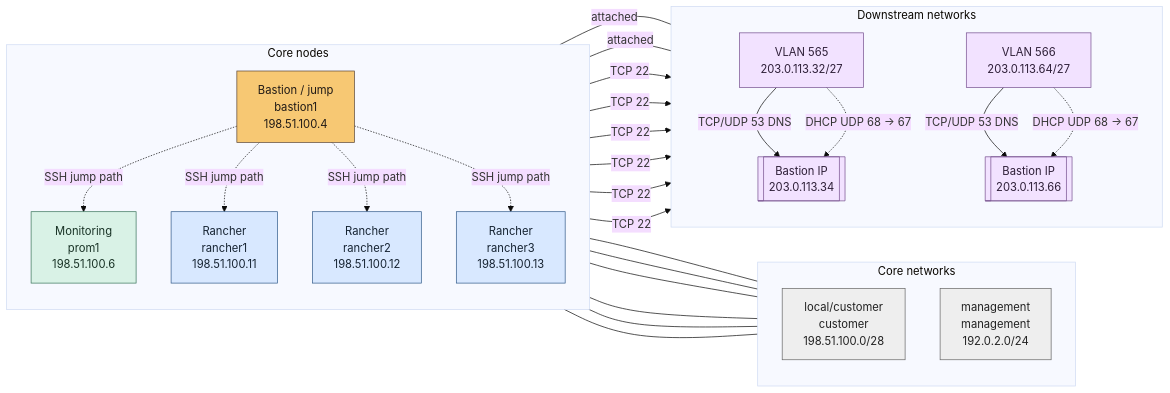
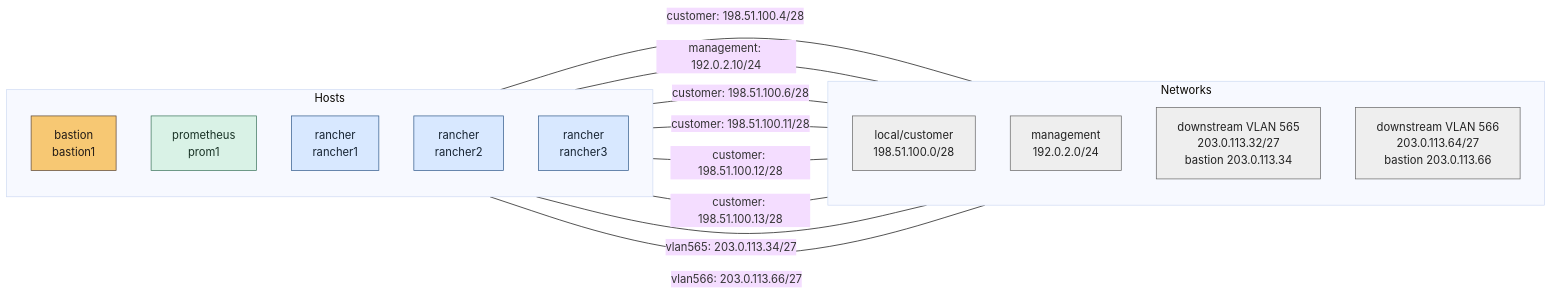
The first of 2 diagrams in examples/full/topology.md (davidhrbac/rinstall), drawn with Mermaid (base theme) before and after one commit. The commit also changed other lines of this file and 8 other files, not shown here.

Commit message:
fix(topology): split support topology diagrams

````diff
--- a/examples/full/topology.md
+++ b/examples/full/topology.md
@@ -34,55 +7,34 @@
 ```mermaid
 flowchart LR
-  subgraph group_core_0d45f5fd46["Core nodes"]
+  subgraph core["Hosts"]
     direction TB
-    host_bastion1_fd65cf69ce["Bastion / jump<br/>bastion1<br/>198.51.100.4"]
-    host_prom1_abf2e7bd7a["Monitoring<br/>prom1<br/>198.51.100.6"]
-    host_rancher1_d47e6b0e07["Rancher<br/>rancher1<br/>198.51.100.11"]
-    host_rancher2_bcc55a020f["Rancher<br/>rancher2<br/>198.51.100.12"]
-    host_rancher3_bbbf0c319b["Rancher<br/>rancher3<br/>198.51.100.13"]
+    host_bastion1_fd65cf69ce["bastion<br/>bastion1"]
+    host_prom1_abf2e7bd7a["prometheus<br/>prom1"]
+    host_rancher1_d47e6b0e07["rancher<br/>rancher1"]
+    host_rancher2_bcc55a020f["rancher<br/>rancher2"]
+    host_rancher3_bbbf0c319b["rancher<br/>rancher3"]
   end
-  subgraph group_networks_a19db4951f["Core networks"]
+  subgraph networks["Networks"]
     direction TB
-    network_customer_b6c4586387["local/customer<br/>customer<br/>198.51.100.0/28"]
-    network_management_288965a1f2["management<br/>management<br/>192.0.2.0/24"]
+    network_customer_b6c4586387["local/customer<br/>198.51.100.0/28"]
+    network_management_288965a1f2["management<br/>192.0.2.0/24"]
+    network_downstream_vlan565_8ed6786137["downstream VLAN 565<br/>203.0.113.32/27<br/>bastion 203.0.113.34"]
+    network_downstream_vlan566_d2bd8ff235["downstream VLAN 566<br/>203.0.113.64/27<br/>bastion 203.0.113.66"]
   end
-  subgraph group_downstream_5b64f97477["Downstream networks"]
-    direction TB
-    network_downstream_vlan565_8ed6786137["VLAN 565<br/>203.0.113.32/27"]
-    bastion_ip_downstream_vlan565_8ed6786137[["Bastion IP<br/>203.0.113.34"]]
-    network_downstream_vlan566_d2bd8ff235["VLAN 566<br/>203.0.113.64/27"]
-    bastion_ip_downstream_vlan566_d2bd8ff235[["Bastion IP<br/>203.0.113.66"]]
-  end
-  host_bastion1_fd65cf69ce --- network_customer_b6c4586387
-  host_bastion1_fd65cf69ce --- network_management_288965a1f2
-  host_prom1_abf2e7bd7a --- network_customer_b6c4586387
-  host_rancher1_d47e6b0e07 --- network_customer_b6c4586387
-  host_rancher2_bcc55a020f --- network_customer_b6c4586387
-  host_rancher3_bbbf0c319b --- network_customer_b6c4586387
-  host_bastion1_fd65cf69ce -.->|SSH jump path| host_prom1_abf2e7bd7a
-  host_bastion1_fd65cf69ce -.->|SSH jump path| host_rancher1_d47e6b0e07
-  host_bastion1_fd65cf69ce -.->|SSH jump path| host_rancher2_bcc55a020f
-  host_bastion1_fd65cf69ce -.->|SSH jump path| host_rancher3_bbbf0c319b
-  host_bastion1_fd65cf69ce ---|attached| bastion_ip_downstream_vlan565_8ed6786137
-  host_bastion1_fd65cf69ce ---|attached| bastion_ip_downstream_vlan566_d2bd8ff235
-  network_downstream_vlan565_8ed6786137 -->|TCP/UDP 53 DNS| bastion_ip_downstream_vlan565_8ed6786137
-  host_rancher1_d47e6b0e07 -->|TCP 22| network_downstream_vlan565_8ed6786137
-  host_rancher2_bcc55a020f -->|TCP 22| network_downstream_vlan565_8ed6786137
-  host_rancher3_bbbf0c319b -->|TCP 22| network_downstream_vlan565_8ed6786137
-  network_downstream_vlan565_8ed6786137 -.->|DHCP UDP 68 -&gt; 67| bastion_ip_downstream_vlan565_8ed6786137
-  network_downstream_vlan566_d2bd8ff235 -->|TCP/UDP 53 DNS| bastion_ip_downstream_vlan566_d2bd8ff235
-  host_rancher1_d47e6b0e07 -->|TCP 22| network_downstream_vlan566_d2bd8ff235
-  host_rancher2_bcc55a020f -->|TCP 22| network_downstream_vlan566_d2bd8ff235
-  host_rancher3_bbbf0c319b -->|TCP 22| network_downstream_vlan566_d2bd8ff235
-  network_downstream_vlan566_d2bd8ff235 -.->|DHCP UDP 68 -&gt; 67| bastion_ip_downstream_vlan566_d2bd8ff235
+  host_bastion1_fd65cf69ce ---|"customer: 198.51.100.4/28"| network_customer_b6c4586387
+  host_bastion1_fd65cf69ce ---|"management: 192.0.2.10/24"| network_management_288965a1f2
+  host_prom1_abf2e7bd7a ---|"customer: 198.51.100.6/28"| network_customer_b6c4586387
+  host_rancher1_d47e6b0e07 ---|"customer: 198.51.100.11/28"| network_customer_b6c4586387
+  host_rancher2_bcc55a020f ---|"customer: 198.51.100.12/28"| network_customer_b6c4586387
+  host_rancher3_bbbf0c319b ---|"customer: 198.51.100.13/28"| network_customer_b6c4586387
+  host_bastion1_fd65cf69ce ---|"vlan565: 203.0.113.34/27"| network_downstream_vlan565_8ed6786137
+  host_bastion1_fd65cf69ce ---|"vlan566: 203.0.113.66/27"| network_downstream_vlan566_d2bd8ff235
   classDef bastion fill:#f7c873,stroke:#5b4636,color:#201a16
   classDef rancher fill:#d8e8ff,stroke:#315a8a,color:#172433
   classDef monitoring fill:#d9f2e6,stroke:#39735a,color:#193326
   classDef network fill:#eeeeee,stroke:#666666,color:#222222
-  classDef downstream fill:#f2e2ff,stroke:#76508f,color:#2e1f38
   class host_bastion1_fd65cf69ce bastion
   class host_rancher1_d47e6b0e07,host_rancher2_bcc55a020f,host_rancher3_bbbf0c319b rancher
   class host_prom1_abf2e7bd7a monitoring
-  class network_customer_b6c4586387,network_management_288965a1f2 network
-  class network_downstream_vlan565_8ed6786137,bastion_ip_downstream_vlan565_8ed6786137,network_downstream_vlan566_d2bd8ff235,bastion_ip_downstream_vlan566_d2bd8ff235 downstream
+  class network_customer_b6c4586387,network_management_288965a1f2,network_downstream_vlan565_8ed6786137,network_downstream_vlan566_d2bd8ff235 network
 ```
````
